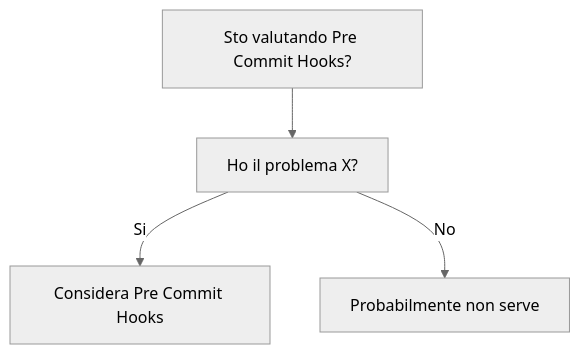
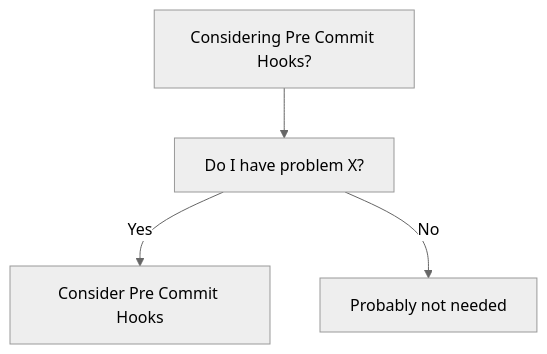
One commit to HxT9/Software-Dev-Wiki changed the diagram in dev-wiki/10_DevOps/Pre_Commit_Hooks/When_To_Use.md. Above: the diagram before and after it, drawn with Mermaid (neutral theme). The commit also changed other lines of this file and 3444 other files, not shown here.

````diff
--- a/dev-wiki/10_DevOps/Pre_Commit_Hooks/When_To_Use.md
+++ b/dev-wiki/10_DevOps/Pre_Commit_Hooks/When_To_Use.md
@@ -19,6 +19,6 @@
 ```mermaid
 flowchart TD
-  Q[Sto valutando Pre Commit Hooks?] --> Q1[Ho il problema X?]
-  Q1 -->|Si| OK[Considera Pre Commit Hooks]
-  Q1 -->|No| NO[Probabilmente non serve]
+  Q[Considering Pre Commit Hooks?] --> Q1[Do I have problem X?]
+  Q1 -->|Yes| OK[Consider Pre Commit Hooks]
+  Q1 -->|No| NO[Probably not needed]
 ```
````
